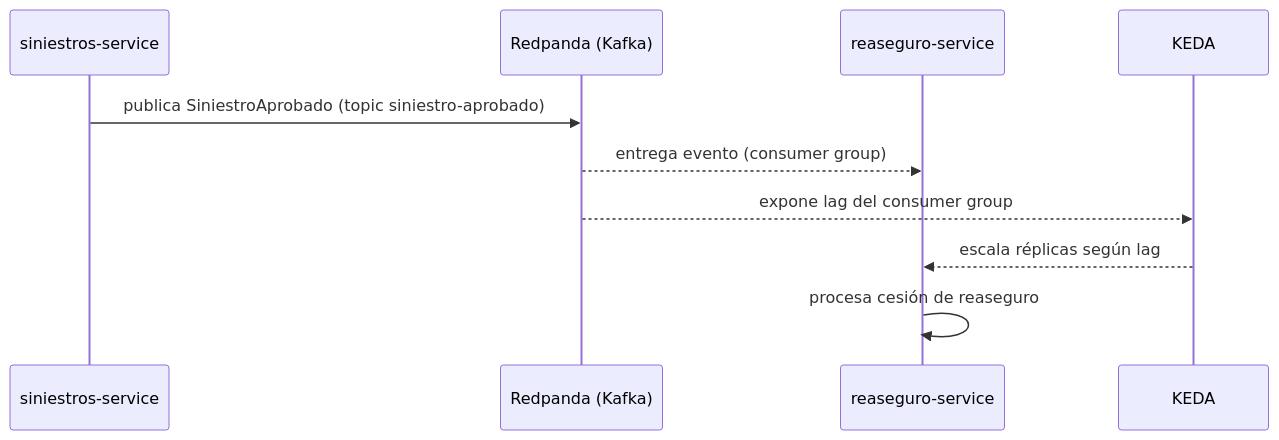
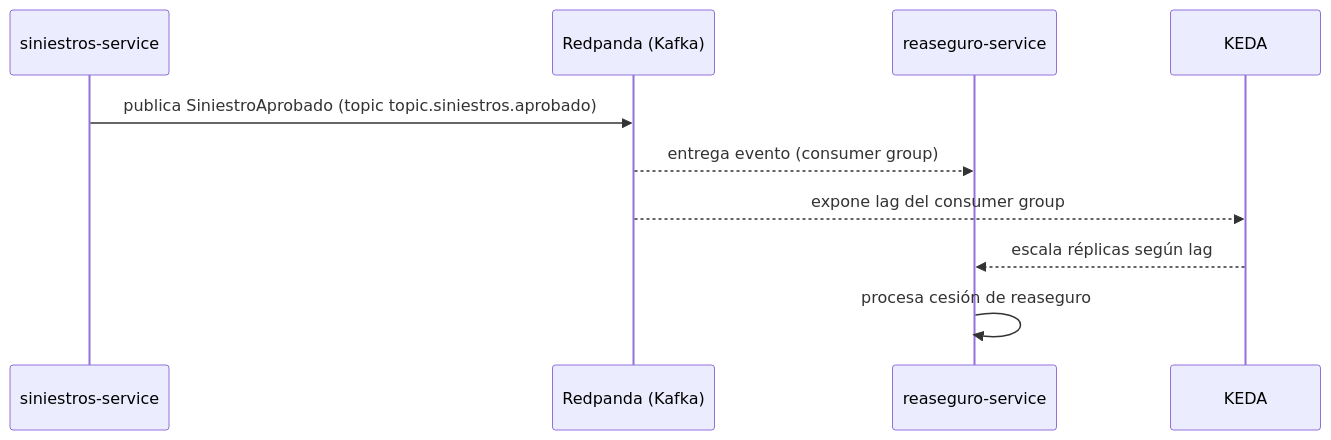
One commit to vimapeco24/arquitecturaVoltera changed the fifth of 5 diagrams in Microservicios/ARQUITECTURA_ACTUAL.md. Above: the diagram before and after it, drawn with Mermaid. The commit also changed other lines of this file and 134 other files, not shown here.

First line of the commit message:
feat(eda): BC Cobros, idempotencia/store-and-forward simétricos, topics alineados al diagrama y front completo

````diff
--- a/Microservicios/ARQUITECTURA_ACTUAL.md
+++ b/Microservicios/ARQUITECTURA_ACTUAL.md
@@ -231,13 +232,13 @@
 ```mermaid
 sequenceDiagram
     participant SI as siniestros-service
     participant R as Redpanda (Kafka)
     participant RE as reaseguro-service
     participant K as KEDA
 
-    SI->>R: publica SiniestroAprobado (topic siniestro-aprobado)
+    SI->>R: publica SiniestroAprobado (topic topic.siniestros.aprobado)
     R-->>RE: entrega evento (consumer group)
     R-->>K: expone lag del consumer group
     K-->>RE: escala réplicas según lag
     RE->>RE: procesa cesión de reaseguro
 ```
````
